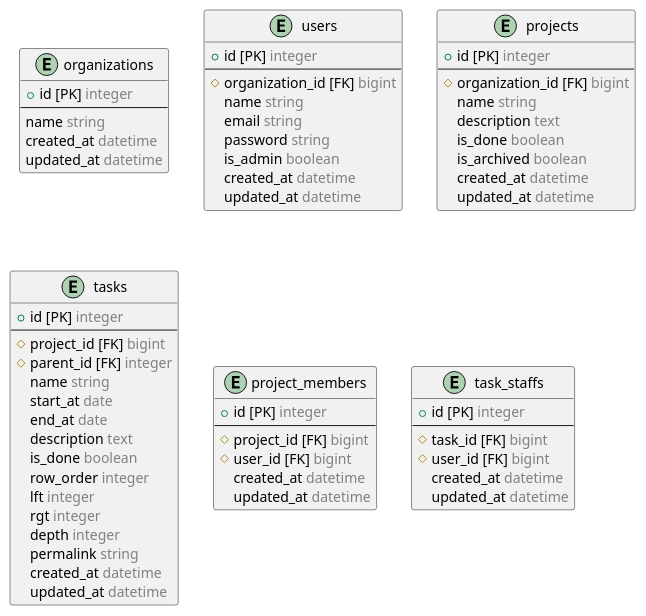
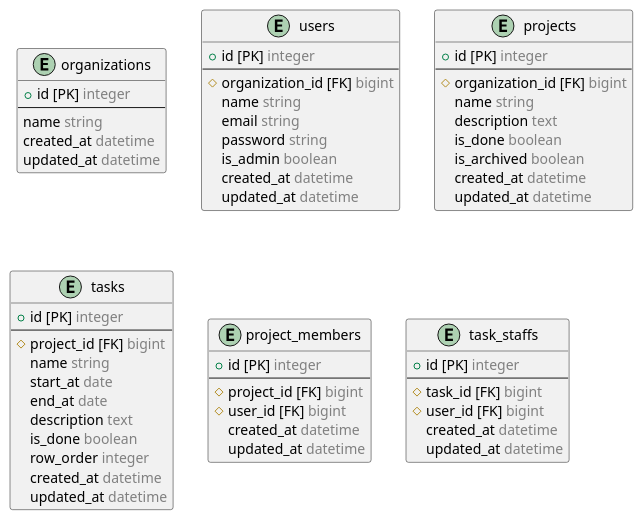
Before and after one commit to musashi-634/taskwith: the diagram in docs/erd/src/entity.pu, drawn with PlantUML. The commit also changed 2 other files, not shown here.

```diff
--- a/docs/erd/src/entity.pu
+++ b/docs/erd/src/entity.pu
@@ -1,72 +1,67 @@
 @startuml erd
 
   entity "organizations" {
     + id [PK] <color:gray>integer</color>
     --
     name <color:gray>string</color>
     created_at <color:gray>datetime</color>
     updated_at <color:gray>datetime</color>
   }
 
   entity "users" {
     + id [PK] <color:gray>integer</color>
     --
     # organization_id [FK] <color:gray>bigint</color>
     name <color:gray>string</color>
     email <color:gray>string</color>
     password <color:gray>string</color>
     is_admin <color:gray>boolean</color>
     created_at <color:gray>datetime</color>
     updated_at <color:gray>datetime</color>
   }
 
   entity "projects" {
     + id [PK] <color:gray>integer</color>
     --
     # organization_id [FK] <color:gray>bigint</color>
     name <color:gray>string</color>
     description <color:gray>text</color>
     is_done <color:gray>boolean</color>
     is_archived <color:gray>boolean</color>
     created_at <color:gray>datetime</color>
     updated_at <color:gray>datetime</color>
   }
 
   entity "tasks" {
     + id [PK] <color:gray>integer</color>
     --
     # project_id [FK] <color:gray>bigint</color>
-    # parent_id [FK] <color:gray>integer</color>
     name <color:gray>string</color>
     start_at <color:gray>date</color>
     end_at <color:gray>date</color>
     description <color:gray>text</color>
     is_done <color:gray>boolean</color>
     row_order <color:gray>integer</color>
-    lft <color:gray>integer</color>
-    rgt <color:gray>integer</color>
-    depth <color:gray>integer</color>
-    permalink <color:gray>string</color>
     created_at <color:gray>datetime</color>
     updated_at <color:gray>datetime</color>
   }
 
   entity "project_members" {
     + id [PK] <color:gray>integer</color>
     --
     # project_id [FK] <color:gray>bigint</color>
     # user_id [FK] <color:gray>bigint</color>
     created_at <color:gray>datetime</color>
     updated_at <color:gray>datetime</color>
   }
 
   entity "task_staffs" {
     + id [PK] <color:gray>integer</color>
     --
     # task_id [FK] <color:gray>bigint</color>
     # user_id [FK] <color:gray>bigint</color>
     created_at <color:gray>datetime</color>
     updated_at <color:gray>datetime</color>
   }
 
 @enduml
```
